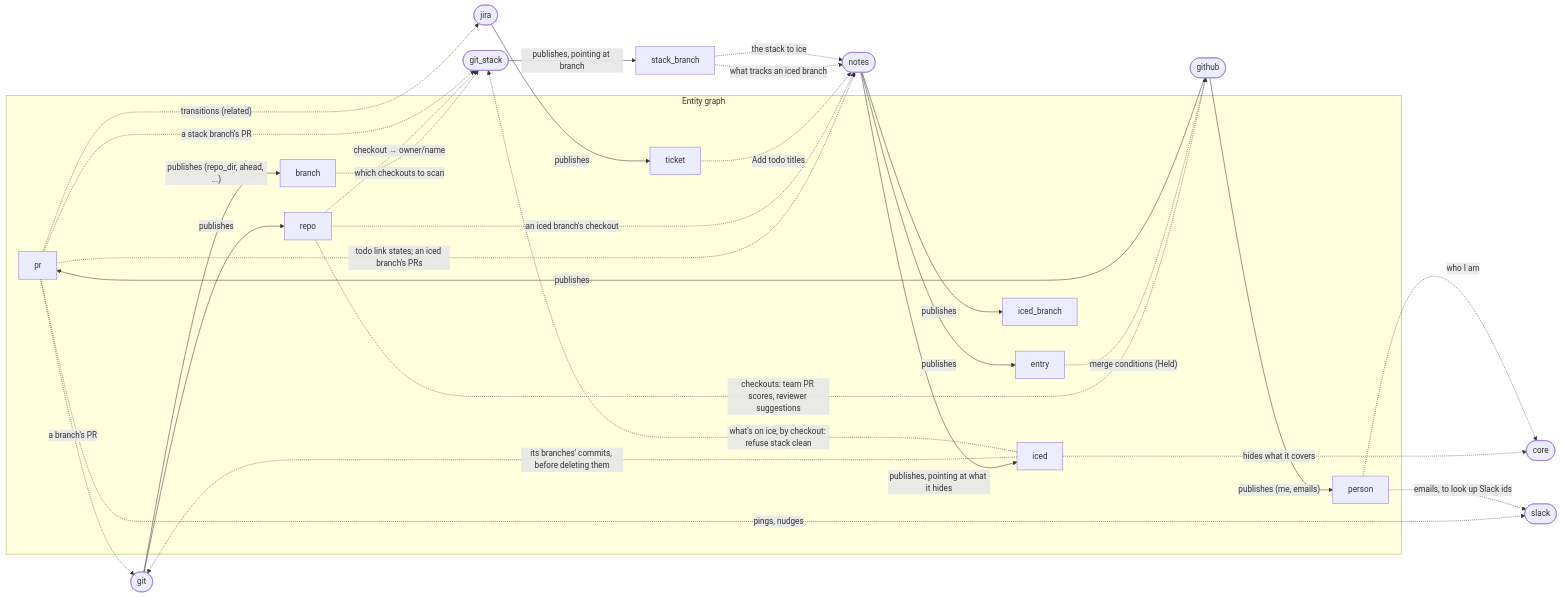
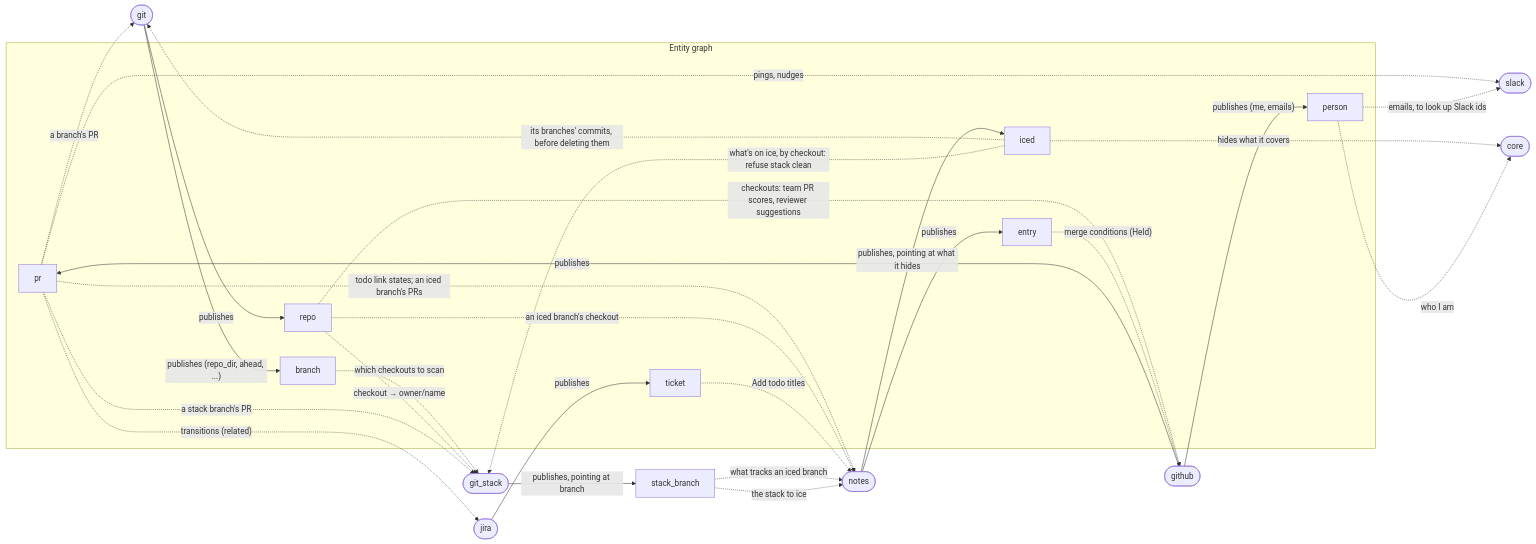
Before and after one commit to benekastah/move-forward: the first of 2 diagrams in docs/plugins.md, drawn with Mermaid. The commit also changed 7 other files, not shown here.

First line of the commit message:
Drop iced_branch: nothing reads it any more

````diff
--- a/docs/plugins.md
+++ b/docs/plugins.md
@@ -14,42 +14,40 @@
 ```mermaid
 flowchart LR
     subgraph Graph["Entity graph"]
         pr[pr]
         person[person]
         repo[repo]
         branch[branch]
         ticket[ticket]
         entry[entry]
-        iced[iced_branch]
         ice[iced]
     end
 
     github([github]) -- publishes --> pr
     github -- "publishes (me, emails)" --> person
     git([git]) -- publishes --> repo
     git -- "publishes (repo_dir, ahead, ...)" --> branch
     git_stack([git_stack]) -- "publishes, pointing at branch" --> stack_branch[stack_branch]
     jira([jira]) -- publishes --> ticket
     notes([notes]) -- publishes --> entry
-    notes -- publishes --> iced
     notes -- "publishes, pointing at what it hides" --> ice
     ice -. "hides what it covers" .-> core([core])
 
     repo -. "checkouts: team PR scores, reviewer suggestions" .-> github
     entry -. "merge conditions (Held)" .-> github
     pr -. "a branch's PR" .-> git
     ice -. "its branches' commits, before deleting them" .-> git
     branch -. "which checkouts to scan" .-> git_stack
     repo -. "checkout → owner/name" .-> git_stack
     pr -. "a stack branch's PR" .-> git_stack
     ice -. "what's on ice, by checkout: refuse stack clean" .-> git_stack
     pr -. "transitions (related)" .-> jira
     pr -. "pings, nudges" .-> slack([slack])
     person -. "emails, to look up Slack ids" .-> slack
     pr -. "todo link states; an iced branch's PRs" .-> notes
     repo -. "an iced branch's checkout" .-> notes
     stack_branch -. "what tracks an iced branch" .-> notes
     ticket -. "Add todo titles" .-> notes
     stack_branch -. "the stack to ice" .-> notes
     person -. "who I am" .-> core([core])
 ```
````
